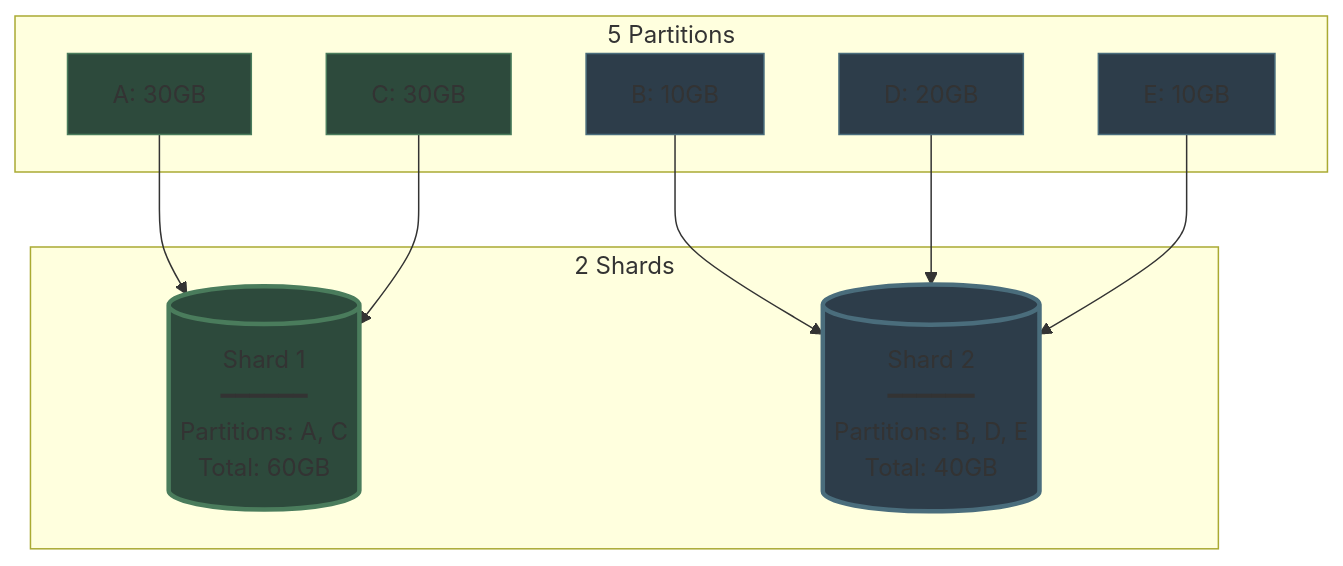
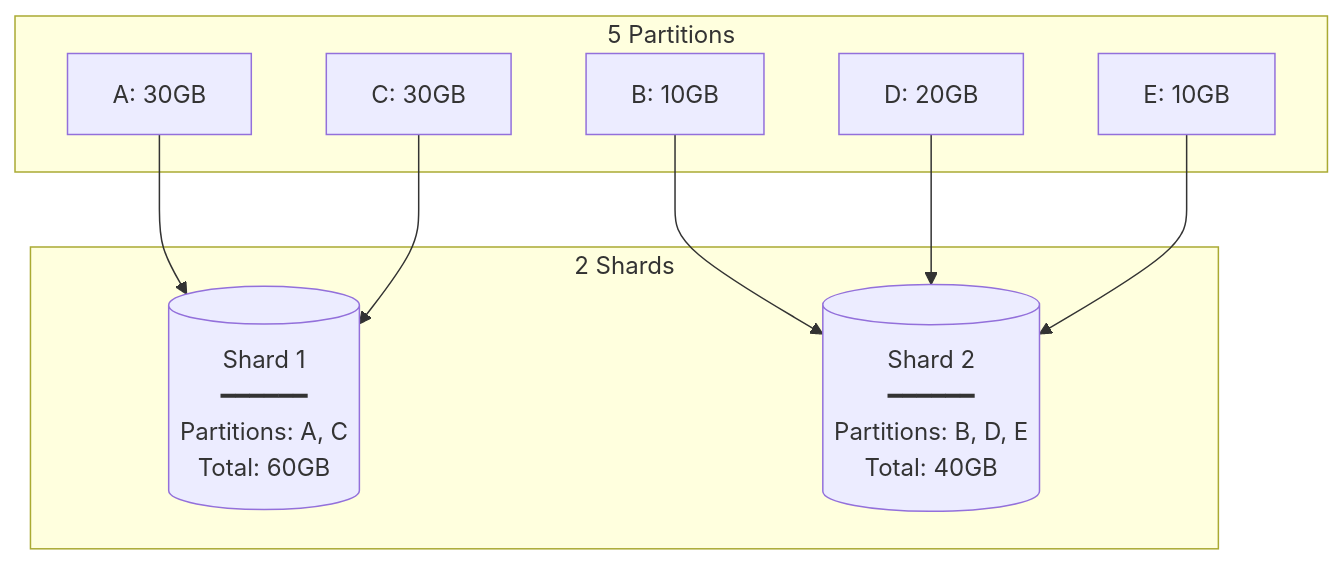
Diagram 11 of 21 in system design beginner/8. Sharding and Partitioning.md (Yash-Kavaiya/The-System-Design-Masterclass), drawn with Mermaid before and after one commit. The commit also changed other lines of this file, not shown here.

````diff
--- a/system design beginner/8. Sharding and Partitioning.md
+++ b/system design beginner/8. Sharding and Partitioning.md
@@ -270,31 +234,24 @@
 ```mermaid
 graph TB
     subgraph Partitions["5 Partitions"]
         PA[A: 30GB]
         PB[B: 10GB]
         PC[C: 30GB]
         PD[D: 20GB]
         PE[E: 10GB]
     end
     
     subgraph Shards["2 Shards"]
         SHARD1[(Shard 1<br/>━━━━━━<br/>Partitions: A, C<br/>Total: 60GB)]
         
         SHARD2[(Shard 2<br/>━━━━━━<br/>Partitions: B, D, E<br/>Total: 40GB)]
     end
     
     PA --> SHARD1
     PC --> SHARD1
     
     PB --> SHARD2
     PD --> SHARD2
     PE --> SHARD2
     
-    style PA fill:#2d4a3c,stroke:#4a7c5c
-    style PB fill:#2d3d4a,stroke:#4a6d7c
-    style PC fill:#2d4a3c,stroke:#4a7c5c
-    style PD fill:#2d3d4a,stroke:#4a6d7c
-    style PE fill:#2d3d4a,stroke:#4a6d7c
-    style SHARD1 fill:#2d4a3c,stroke:#4a7c5c,stroke-width:3px
-    style SHARD2 fill:#2d3d4a,stroke:#4a6d7c,stroke-width:3px
 ```
````
